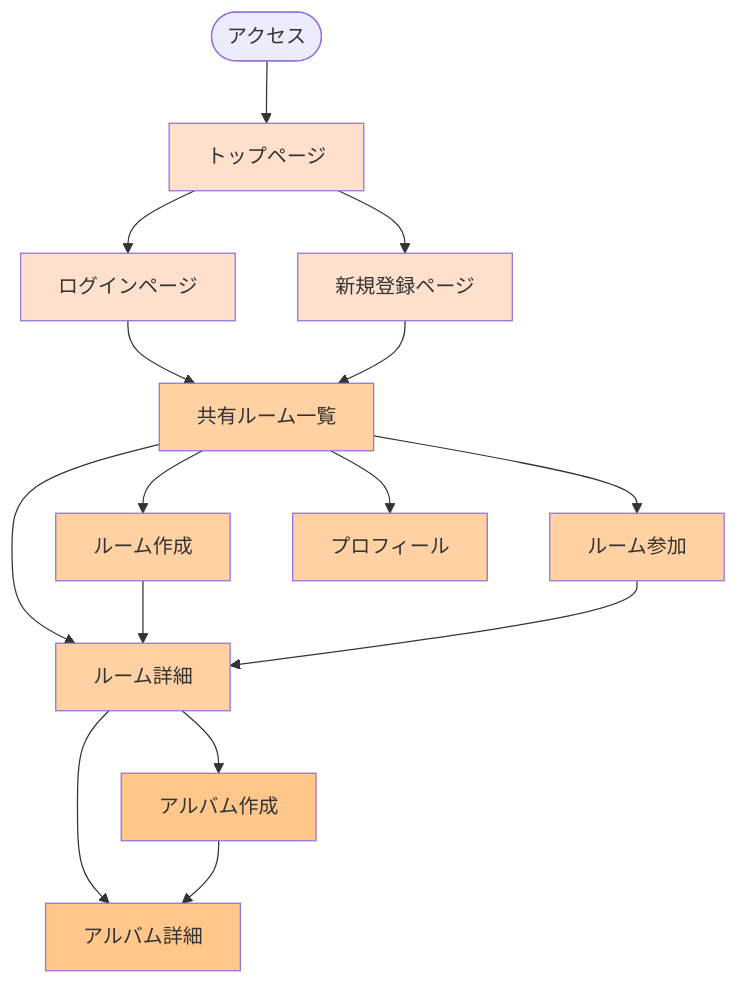
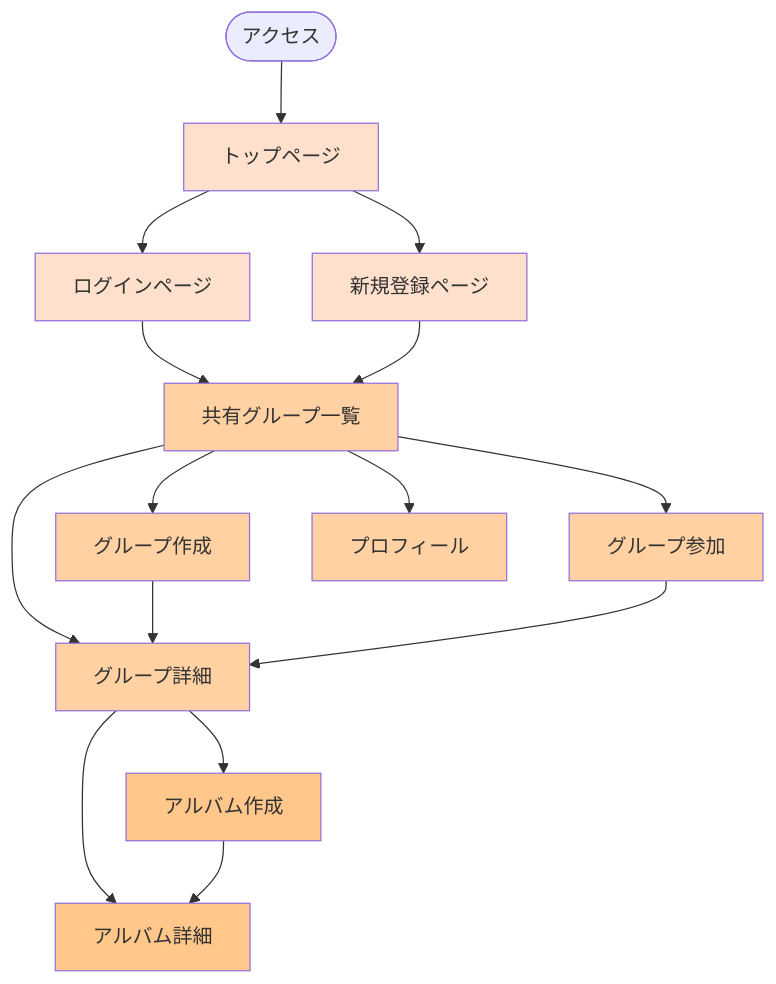
Before and after one commit to yukinko05/Album: the diagram in docs/SCREEN_FLOW.md, drawn with Mermaid. The commit also changed other lines of this file and 18 other files, not shown here.

````diff
--- a/docs/SCREEN_FLOW.md
+++ b/docs/SCREEN_FLOW.md
@@ -7,34 +7,34 @@
 ```mermaid
 flowchart TD
     Start([アクセス]) --> HomePage
     HomePage[トップページ] --> LoginPage[ログインページ]
     HomePage --> SignupPage[新規登録ページ]
 
-    LoginPage --> groupsPage[共有ルーム一覧]
+    LoginPage --> groupsPage[共有グループ一覧]
     SignupPage --> groupsPage
 
-    groupsPage --> CreategroupPage[ルーム作成]
-    groupsPage --> JoingroupPage[ルーム参加]
-    groupsPage --> groupDetailPage[ルーム詳細]
+    groupsPage --> CreategroupPage[グループ作成]
+    groupsPage --> JoingroupPage[グループ参加]
+    groupsPage --> groupDetailPage[グループ詳細]
 
     CreategroupPage --> groupDetailPage
     JoingroupPage --> groupDetailPage
 
     groupDetailPage --> CreateAlbumPage[アルバム作成]
     groupDetailPage --> AlbumDetailPage[アルバム詳細]
 
     CreateAlbumPage --> AlbumDetailPage
 
     groupsPage --> ProfilePage[プロフィール]
 
     style HomePage fill:#ffe0cc
     style LoginPage fill:#ffe0cc
     style SignupPage fill:#ffe0cc
     style groupsPage fill:#ffd1a3
     style CreategroupPage fill:#ffd1a3
     style JoingroupPage fill:#ffd1a3
     style groupDetailPage fill:#ffd1a3
     style CreateAlbumPage fill:#ffc78a
     style AlbumDetailPage fill:#ffc78a
     style ProfilePage fill:#ffd1a3
 ```
````
